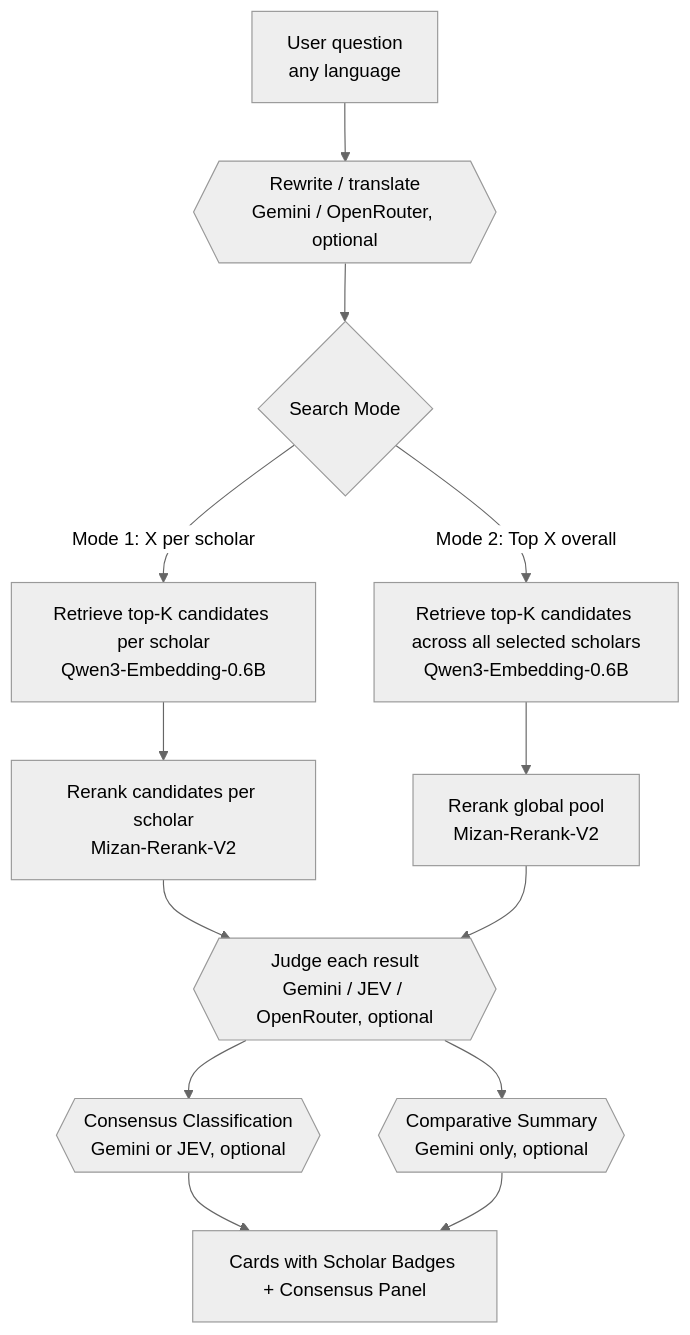
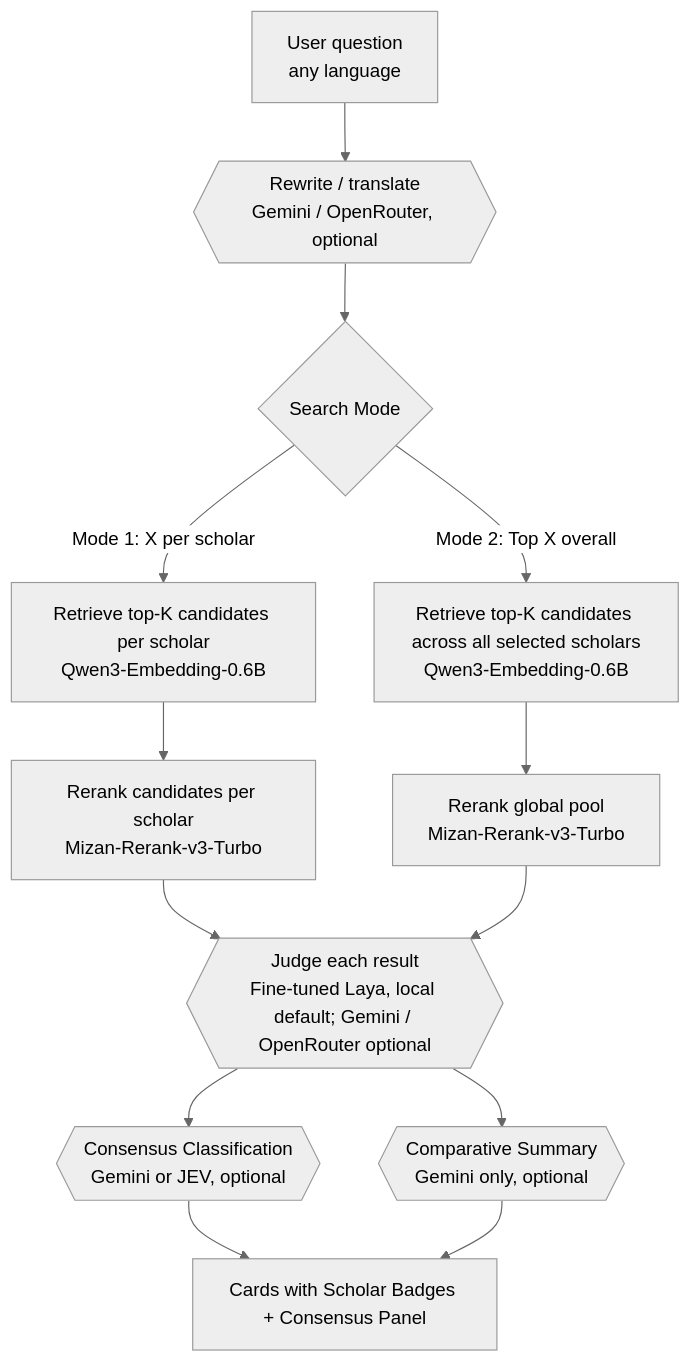
The diagram in docs/architecture.md (AbderrahimZineddineEsi/daleel), drawn with Mermaid (neutral theme) before and after one commit. The commit also changed other lines of this file and 6 other files, not shown here.

First line of the commit message:
Polish for publishing: Mizan v3-Turbo, 4-scholar index, README rewrite

````diff
--- a/docs/architecture.md
+++ b/docs/architecture.md
@@ -9,15 +9,15 @@
 ```mermaid
 flowchart TD
     Q[User question<br/>any language] --> RW{{Rewrite / translate<br/>Gemini / OpenRouter, optional}}
     RW --> M{Search Mode}
     M -->|Mode 1: X per scholar| S1[Retrieve top-K candidates per scholar<br/>Qwen3-Embedding-0.6B]
     M -->|Mode 2: Top X overall| S2[Retrieve top-K candidates across all selected scholars<br/>Qwen3-Embedding-0.6B]
-    S1 --> R1[Rerank candidates per scholar<br/>Mizan-Rerank-V2]
-    S2 --> R2[Rerank global pool<br/>Mizan-Rerank-V2]
-    R1 --> J{{Judge each result<br/>Gemini / JEV / OpenRouter, optional}}
+    S1 --> R1[Rerank candidates per scholar<br/>Mizan-Rerank-v3-Turbo]
+    S2 --> R2[Rerank global pool<br/>Mizan-Rerank-v3-Turbo]
+    R1 --> J{{Judge each result<br/>Fine-tuned Laya, local default; Gemini / OpenRouter optional}}
     R2 --> J
     J --> CS{{Consensus Classification<br/>Gemini or JEV, optional}}
     J --> SM{{Comparative Summary<br/>Gemini only, optional}}
     CS --> O[Cards with Scholar Badges + Consensus Panel]
     SM --> O
 ```
````
